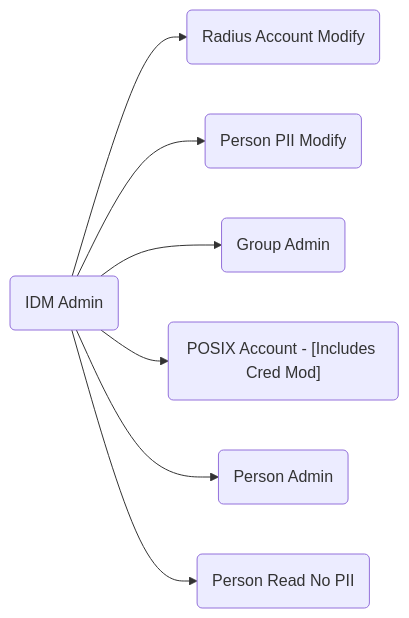
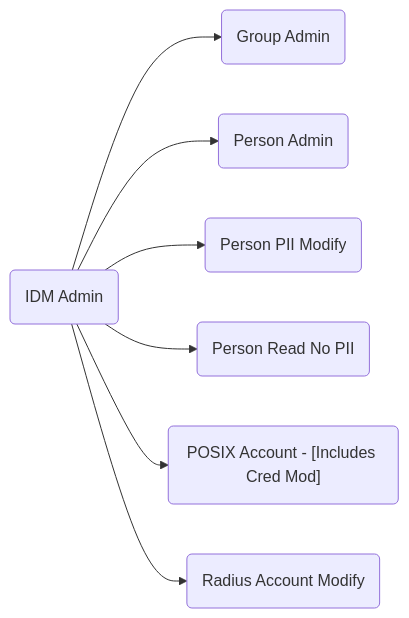
Before and after one commit to kanidm/kanidm: the second of 12 diagrams in book/src/developers/designs/access_control_defaults.md, drawn with Mermaid. The commit also changed other lines of this file, not shown here.

````diff
--- a/book/src/developers/designs/access_control_defaults.md
+++ b/book/src/developers/designs/access_control_defaults.md
@@ -18,10 +18,10 @@
 ```mermaid
 graph LR
 
+IdmAdmin("IDM Admin") --> GroupAdmin("Group Admin")
+IdmAdmin("IDM Admin") --> PersonAdmin("Person Admin")
+IdmAdmin("IDM Admin") --> PersonPIIModify("Person PII Modify")
+IdmAdmin("IDM Admin") --> PersonReadNoPII("Person Read No PII")
+IdmAdmin("IDM Admin") --> PosixAccountIncludesCredMod("POSIX Account - [Includes Cred Mod]")
 IdmAdmin("IDM Admin") --> RadiusAccountModify("Radius Account Modify")
-IdmAdmin("IDM Admin") --> PersonPIIModify("Person PII Modify")
-IdmAdmin("IDM Admin") --> GroupAdmin("Group Admin")
-IdmAdmin("IDM Admin") --> PosixAccountIncludesCredMod("POSIX Account - [Includes Cred Mod]")
-IdmAdmin("IDM Admin") --> PersonAdmin("Person Admin")
-IdmAdmin("IDM Admin") --> PersonReadNoPII("Person Read No PII")
 ```
````
